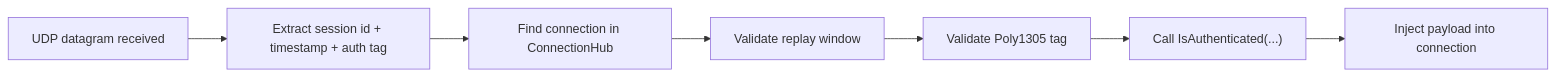
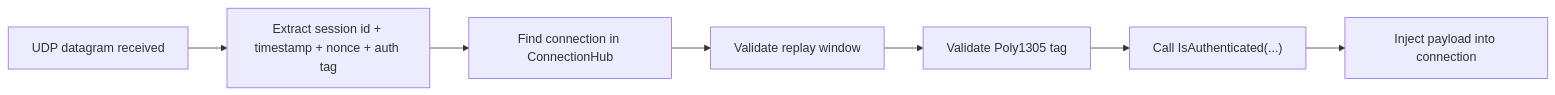
One commit to ppn-systems/nalix-docs changed the diagram in docs/guides/udp-auth-flow.md. Above: the diagram before and after it, drawn with Mermaid. The commit also changed other lines of this file and 7 other files, not shown here.

First line of the commit message:
Update docs for UDP client/server support and auth trailer

````diff
--- a/docs/guides/udp-auth-flow.md
+++ b/docs/guides/udp-auth-flow.md
@@ -24,9 +25,9 @@
 ```mermaid
 flowchart LR
-    A["UDP datagram received"] --> B["Extract session id + timestamp + auth tag"]
+    A["UDP datagram received"] --> B["Extract session id + timestamp + nonce + auth tag"]
     B --> C["Find connection in ConnectionHub"]
     C --> D["Validate replay window"]
     D --> E["Validate Poly1305 tag"]
     E --> F["Call IsAuthenticated(...)"]
     F --> G["Inject payload into connection"]
 ```
````
